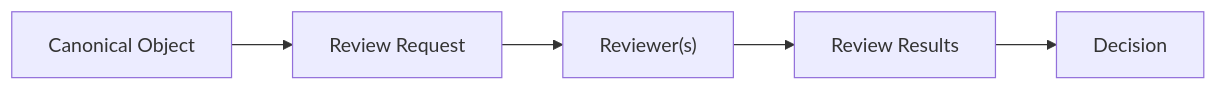
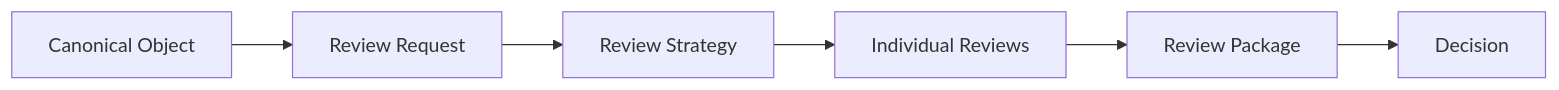
One commit to tiroq/praxis changed the first of 3 diagrams in rfcs/020-review-system.md. Above: the diagram before and after it, drawn with Mermaid. The commit also changed other lines of this file, not shown here.

Commit message:
Enhance RFC-020 Review System; introduce Review Request and Review Package concepts, clarify review strategies, and update architectural summary and acceptance criteria.

````diff
--- a/rfcs/020-review-system.md
+++ b/rfcs/020-review-system.md
@@ -61,9 +63,9 @@
 ```mermaid
 flowchart LR
-    CanonicalObject["Canonical Object"]
-    ReviewRequest["Review Request"]
-    Reviewers["Reviewer(s)"]
-    ReviewResults["Review Results"]
-    Decision["Decision"]
-    CanonicalObject --> ReviewRequest --> Reviewers --> ReviewResults --> Decision
+    CO[Canonical Object]
+    --> RR[Review Request]
+    --> RS[Review Strategy]
+    --> REV[Individual Reviews]
+    --> RP[Review Package]
+    --> DEC[Decision]
 ```
````
